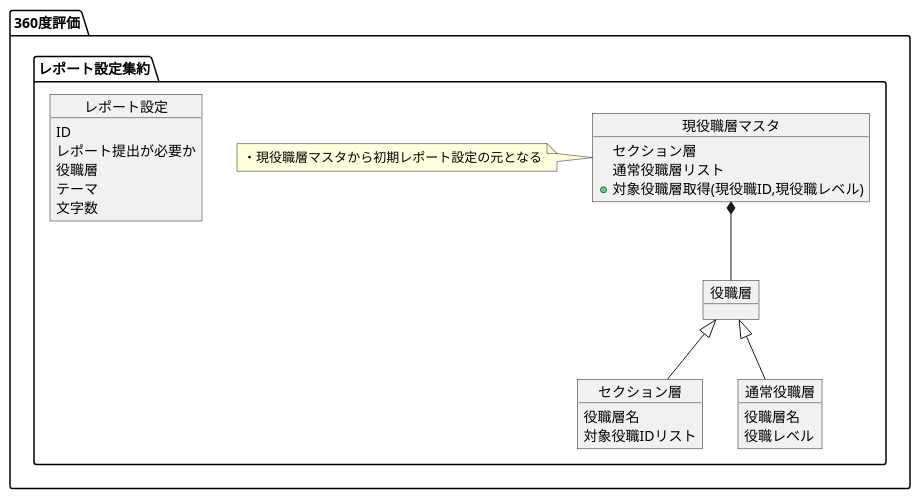
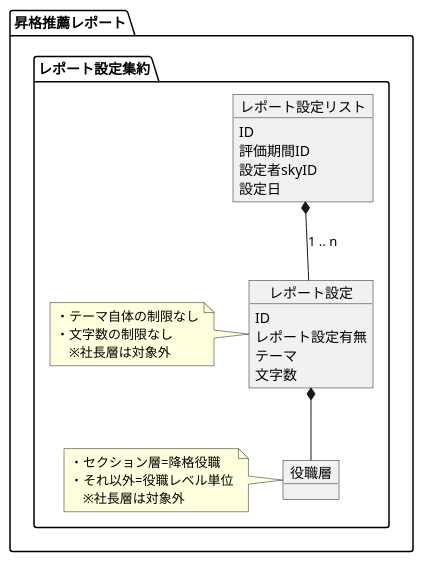
Before and after one commit to Nke0628/document: the diagram in 360度評価/昇格推薦.pu, drawn with PlantUML. The commit also changed 2 other files, not shown here.

Commit message:
レポート設定周りのドメインモデル、ロバストネス図更新

```diff
--- a/360度評価/昇格推薦.pu
+++ b/360度評価/昇格推薦.pu
@@ -1,46 +1,42 @@
 @startuml
 top to bottom direction
 
 hide circle
 hide method
 
-package 360度評価 {
+package 昇格推薦レポート {
 
-    
     package レポート設定集約 {
         object レポート設定{
             ID
-            レポート提出が必要か
-            役職層
+            レポート設定有無
             テーマ
             文字数
         }
 
-        object 役職層{
+        object レポート設定リスト{
+            ID
+            評価期間ID
+            設定者skyID
+            設定日
+        }
+
+        object 役職層 {
 
         }
 
-        object 現役職層マスタ {
-            セクション層
-            通常役職層リスト
-            +対象役職層取得(現役職ID,現役職レベル)
-        }
-
-        object セクション層{
-            役職層名
-            対象役職IDリスト
-        }
-
-        object 通常役職層{
-            役職層名
-            役職レベル
-        }
-        役職層 <|-down- セクション層
-        役職層 <|-down- 通常役職層
-        現役職層マスタ *-down- 役職層
-        note left of 現役職層マスタ
-        ・現役職層マスタから初期レポート設定の元となる
+        レポート設定リスト *-down- レポート設定 : 1 .. n
+        レポート設定 *-down- 役職層
+        note left of レポート設定
+        ・テーマ自体の制限なし
+        ・文字数の制限なし
+        　※社長層は対象外
+        end note
+        note left of 役職層
+        ・セクション層=降格役職
+        ・それ以外=役職レベル単位
+        　※社長層は対象外
         end note
     }
 }
 @enduml
```
